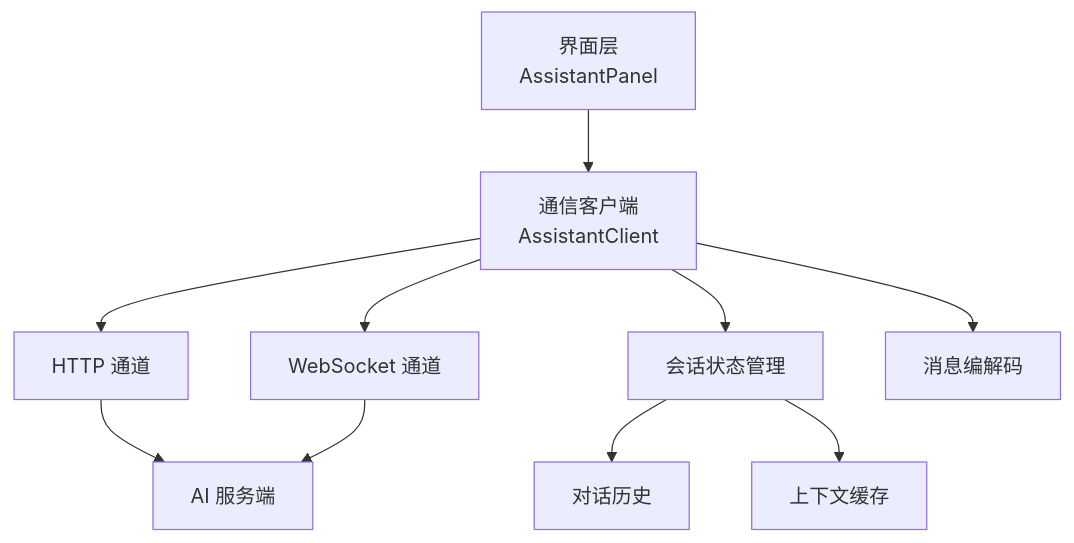
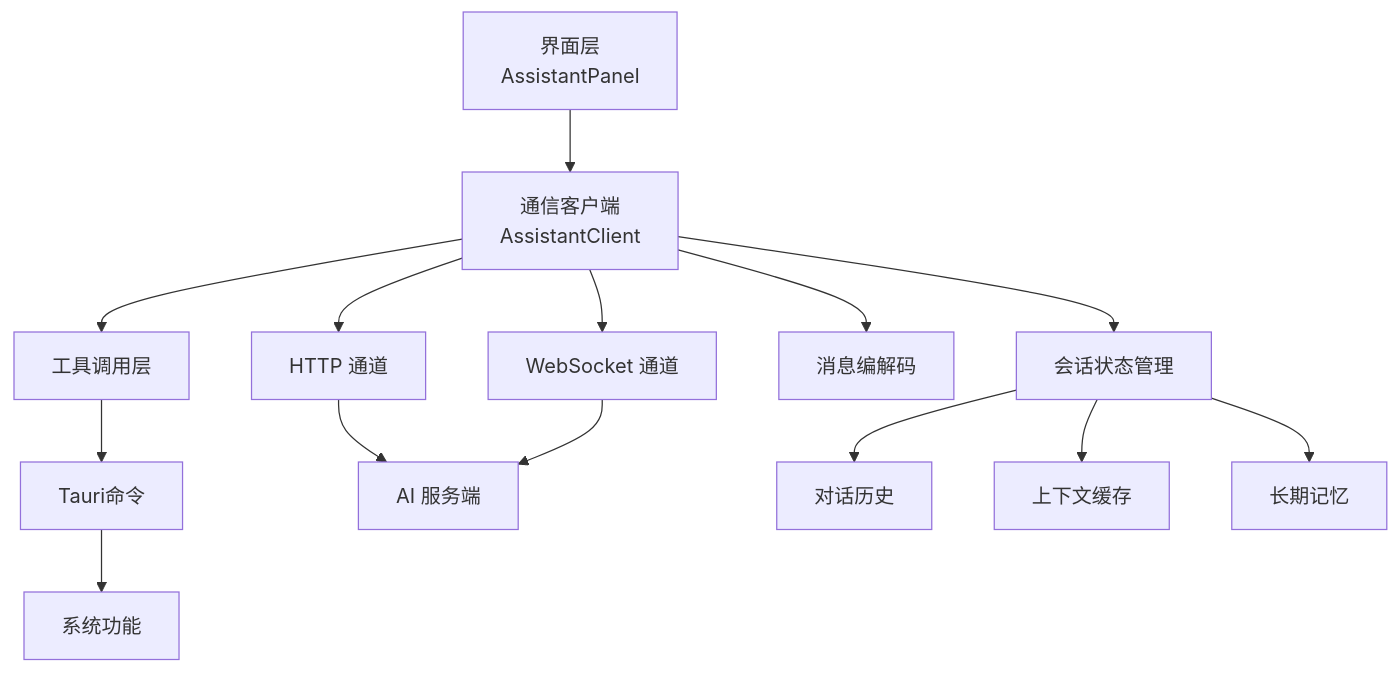
The first of 3 diagrams in .qoder/repowiki/zh/content/AI助手模块/AssistantClient通信客户端.md (Wumiu/Petra), drawn with Mermaid before and after one commit. The commit also changed other lines of this file and 45 other files, not shown here.

````diff
--- a/.qoder/repowiki/zh/content/AI助手模块/AssistantClient通信客户端.md
+++ b/.qoder/repowiki/zh/content/AI助手模块/AssistantClient通信客户端.md
@@ -29,12 +39,16 @@
 ```mermaid
 graph TB
 UI["界面层<br/>AssistantPanel"] --> Client["通信客户端<br/>AssistantClient"]
 Client --> HTTP["HTTP 通道"]
 Client --> WS["WebSocket 通道"]
 Client --> State["会话状态管理"]
 Client --> Codec["消息编解码"]
+Client --> Tools["工具调用层"]
+Tools --> Tauri["Tauri命令"]
+Tauri --> System["系统功能"]
 HTTP --> Server["AI 服务端"]
 WS --> Server
 State --> History["对话历史"]
 State --> Context["上下文缓存"]
+State --> Memory["长期记忆"]
 ```
````
